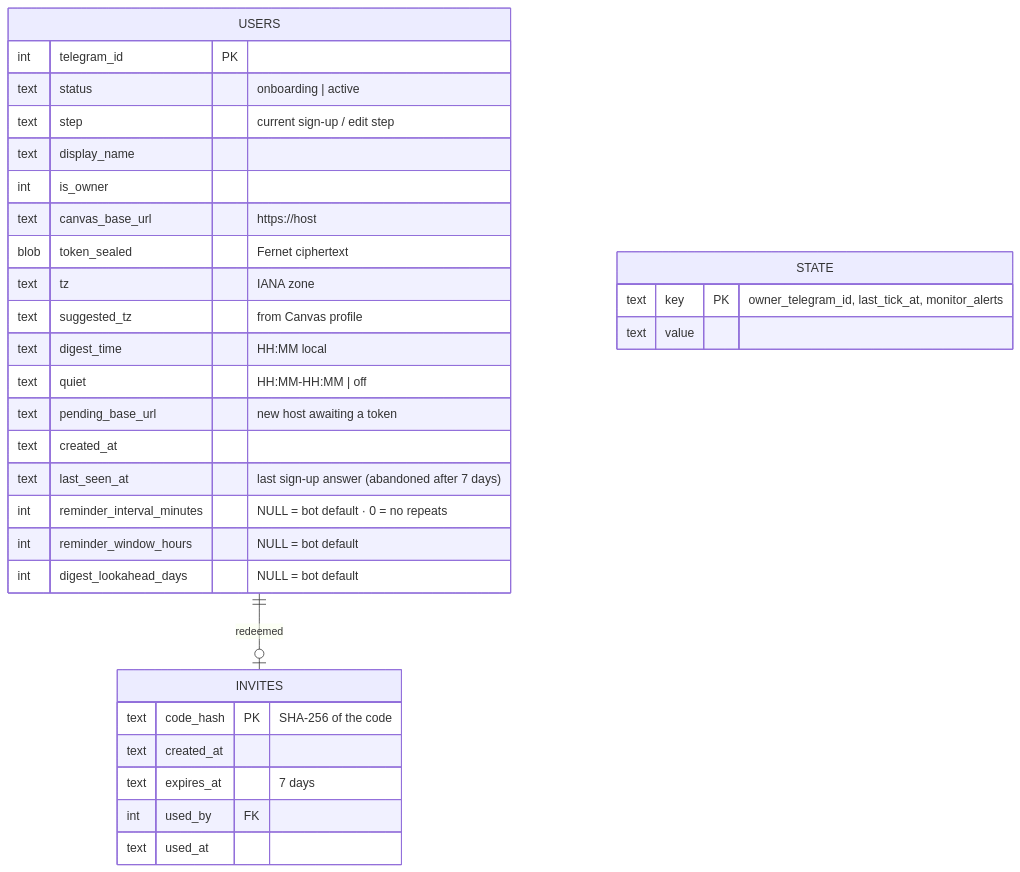
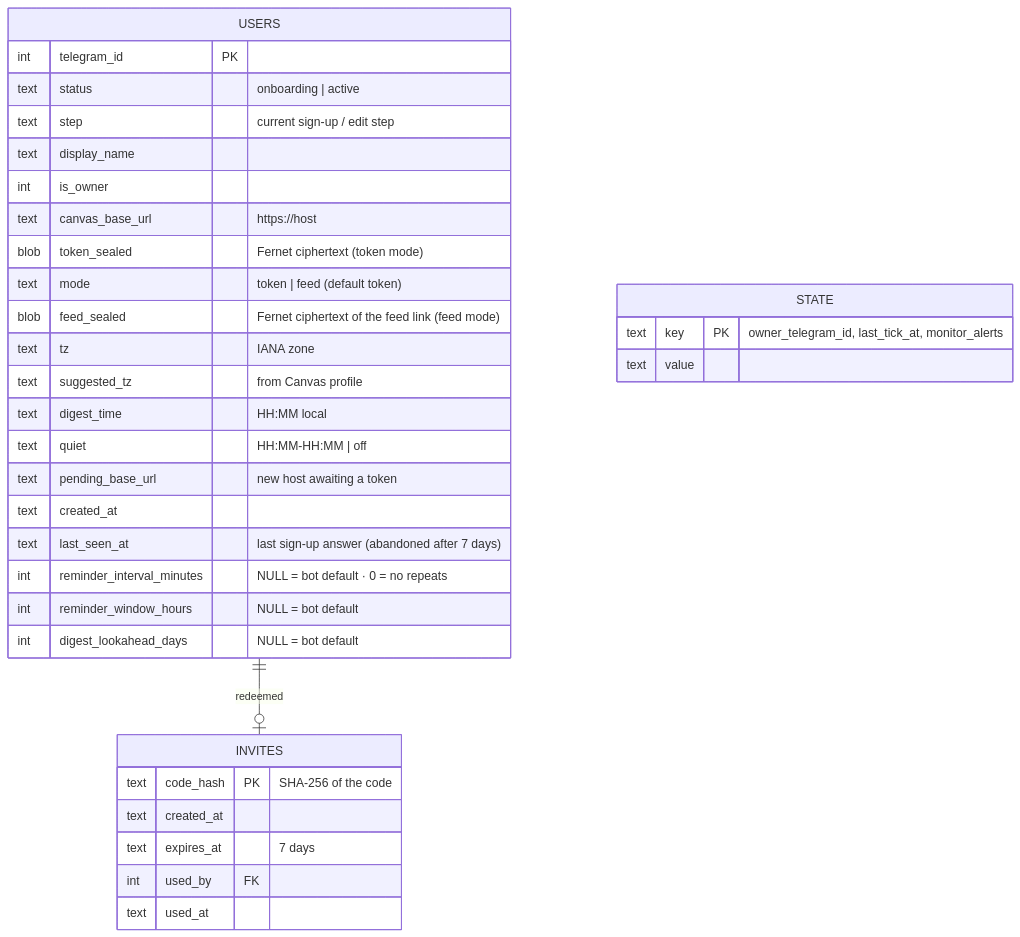
The seventh of 8 diagrams in docs/architecture.md (rmaytr/CanvasAssignmentTrackingBot), drawn with Mermaid before and after one commit. The commit also changed other lines of this file and 8 other files, not shown here.

First line of the commit message:
docs: calendar-feed mode in the guides, README, architecture and security

````diff
--- a/docs/architecture.md
+++ b/docs/architecture.md
@@ -226,34 +236,36 @@
 ```mermaid
 erDiagram
     USERS {
         int telegram_id PK
         text status "onboarding | active"
         text step "current sign-up / edit step"
         text display_name
         int is_owner
         text canvas_base_url "https://host"
-        blob token_sealed "Fernet ciphertext"
+        blob token_sealed "Fernet ciphertext (token mode)"
+        text mode "token | feed (default token)"
+        blob feed_sealed "Fernet ciphertext of the feed link (feed mode)"
         text tz "IANA zone"
         text suggested_tz "from Canvas profile"
         text digest_time "HH:MM local"
         text quiet "HH:MM-HH:MM | off"
         text pending_base_url "new host awaiting a token"
         text created_at
         text last_seen_at "last sign-up answer (abandoned after 7 days)"
         int reminder_interval_minutes "NULL = bot default · 0 = no repeats"
         int reminder_window_hours "NULL = bot default"
         int digest_lookahead_days "NULL = bot default"
     }
     INVITES {
         text code_hash PK "SHA-256 of the code"
         text created_at
         text expires_at "7 days"
         int used_by FK
         text used_at
     }
     STATE {
         text key PK "owner_telegram_id, last_tick_at, monitor_alerts"
         text value
     }
     USERS ||--o| INVITES : "redeemed"
 ```
````
